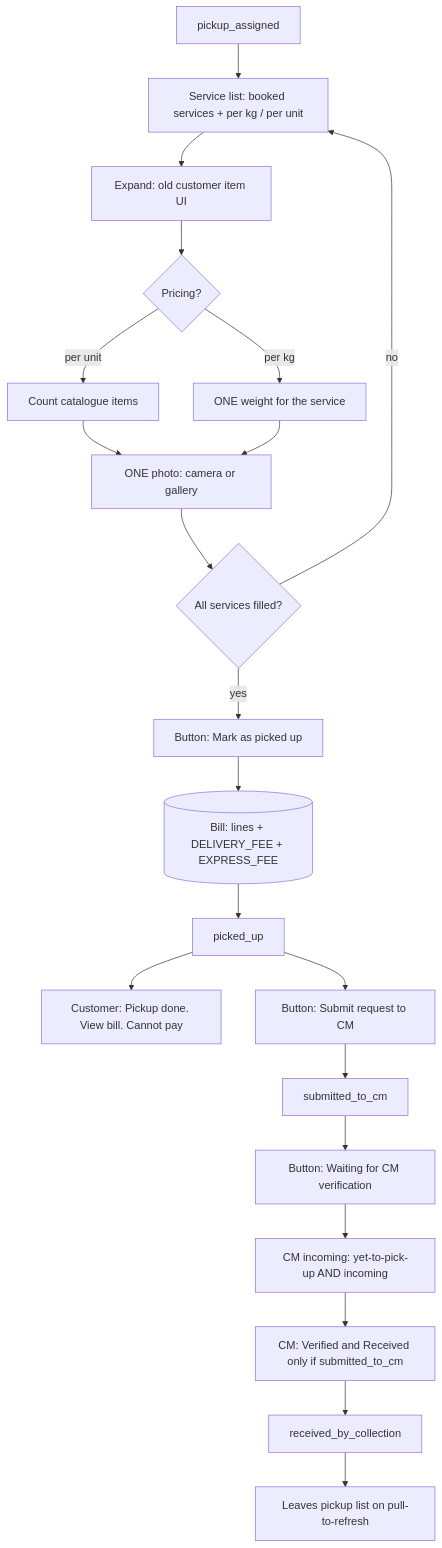
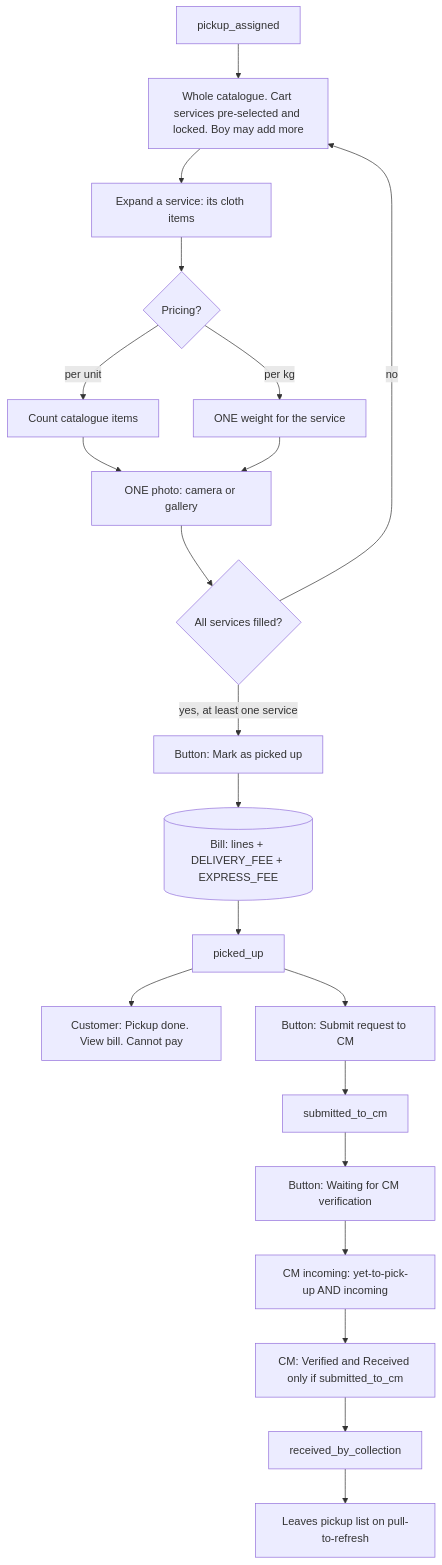
One commit to mohitUnico/laundry changed the sixth of 11 diagrams in docs/order-flow-v2/diagrams/00-overview-pack.md. Above: the diagram before and after it, drawn with Mermaid. The commit also changed other lines of this file and 46 other files, not shown here.

First line of the commit message:
feat(orders): align list and details UX with order-flow v2 cards and bill states

````diff
--- a/docs/order-flow-v2/diagrams/00-overview-pack.md
+++ b/docs/order-flow-v2/diagrams/00-overview-pack.md
@@ -166,23 +174,23 @@
 ```mermaid
 flowchart TB
-  asg[pickup_assigned] --> ui[Service list: booked services + per kg / per unit]
-  ui --> exp[Expand: old customer item UI]
+  asg[pickup_assigned] --> ui[Whole catalogue. Cart services pre-selected and locked. Boy may add more]
+  ui --> exp[Expand a service: its cloth items]
   exp --> unit{Pricing?}
   unit -->|per unit| qty[Count catalogue items]
   unit -->|per kg| kg[ONE weight for the service]
   qty --> pic[ONE photo: camera or gallery]
   kg --> pic
   pic --> more{All services filled?}
   more -->|no| ui
-  more -->|yes| mark[Button: Mark as picked up]
+  more -->|yes, at least one service| mark[Button: Mark as picked up]
   mark --> bill[(Bill: lines + DELIVERY_FEE + EXPRESS_FEE)]
   bill --> pu[picked_up]
   pu --> cust[Customer: Pickup done. View bill. Cannot pay]
   pu --> btn2[Button: Submit request to CM]
   btn2 --> scm[submitted_to_cm]
   scm --> inact[Button: Waiting for CM verification]
   inact --> cmList[CM incoming: yet-to-pick-up AND incoming]
   cmList --> verify[CM: Verified and Received only if submitted_to_cm]
   verify --> rec[received_by_collection]
   rec --> gone[Leaves pickup list on pull-to-refresh]
 ```
````
